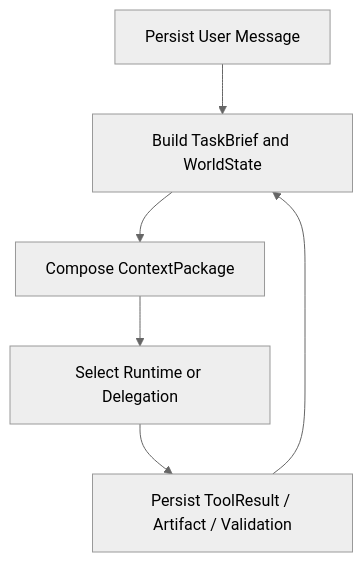
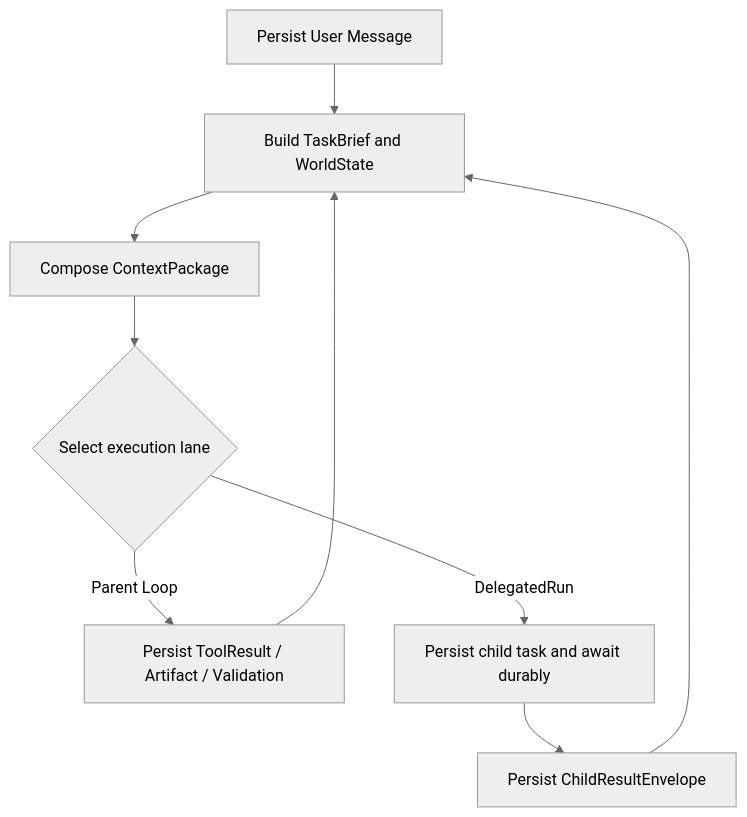
The diagram in docs/architecture/intake-vertical-agent/2026-07-15-main-agent-context-kernel-design.md (DOIT-Ben/ShanHaiEdu-Studio), drawn with Mermaid (neutral theme) before and after one commit. The commit also changed other lines of this file, not shown here.

````diff
--- a/docs/architecture/intake-vertical-agent/2026-07-15-main-agent-context-kernel-design.md
+++ b/docs/architecture/intake-vertical-agent/2026-07-15-main-agent-context-kernel-design.md
@@ -207,8 +232,11 @@
 ```mermaid
 flowchart TD
     A["Persist User Message"] --> B["Build TaskBrief and WorldState"]
     B --> C["Compose ContextPackage"]
-    C --> D["Select Runtime or Delegation"]
-    D --> E["Persist ToolResult / Artifact / Validation"]
+    C --> D{"Select execution lane"}
+    D -->|Parent Loop| E["Persist ToolResult / Artifact / Validation"]
+    D -->|DelegatedRun| F["Persist child task and await durably"]
+    F --> G["Persist ChildResultEnvelope"]
+    G --> B
     E --> B
 ```
````
